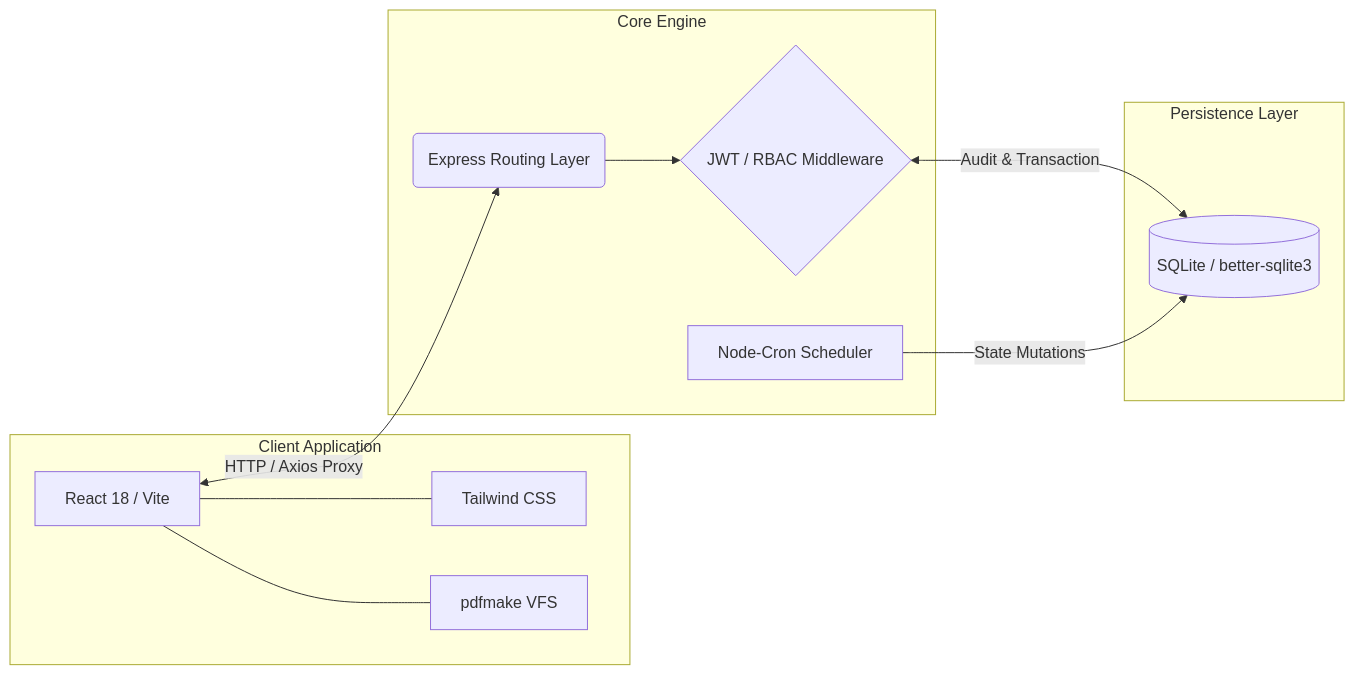
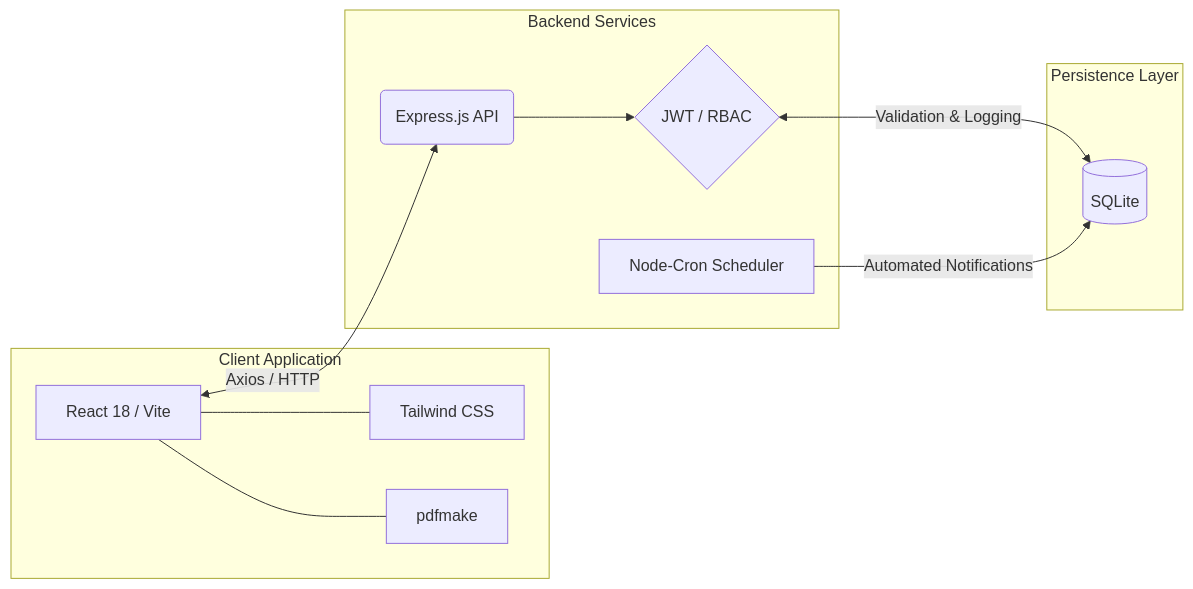
One commit to zeynepzehrakocaturk/ULVIS changed the diagram in README.md. Above: the diagram before and after it, drawn with Mermaid. The commit also changed other lines of this file, not shown here.

````diff
--- a/README.md
+++ b/README.md
@@ -107,25 +152,25 @@
 ```mermaid
 flowchart LR
     subgraph Client Application
         UI[React 18 / Vite]
         CSS[Tailwind CSS]
-        VFS[pdfmake VFS]
+        PDF[pdfmake]
         UI --- CSS
-        UI --- VFS
+        UI --- PDF
     end
     
-    subgraph Core Engine
-        API(Express Routing Layer)
-        Auth{JWT / RBAC Middleware}
-        Cron[Node-Cron Scheduler]
-        API --> Auth
+    subgraph Backend Services
+        API(Express.js API)
+        AUTH{JWT / RBAC}
+        CRON[Node-Cron Scheduler]
+        API --> AUTH
     end
     
     subgraph Persistence Layer
-        DB[(SQLite / better-sqlite3)]
+        DB[(SQLite)]
     end
 
-    UI <-->|HTTP / Axios Proxy| API
-    Auth <-->|Audit & Transaction| DB
-    Cron -->|State Mutations| DB
+    UI <-->|Axios / HTTP| API
+    AUTH <-->|Validation & Logging| DB
+    CRON -->|Automated Notifications| DB
 ```
````
